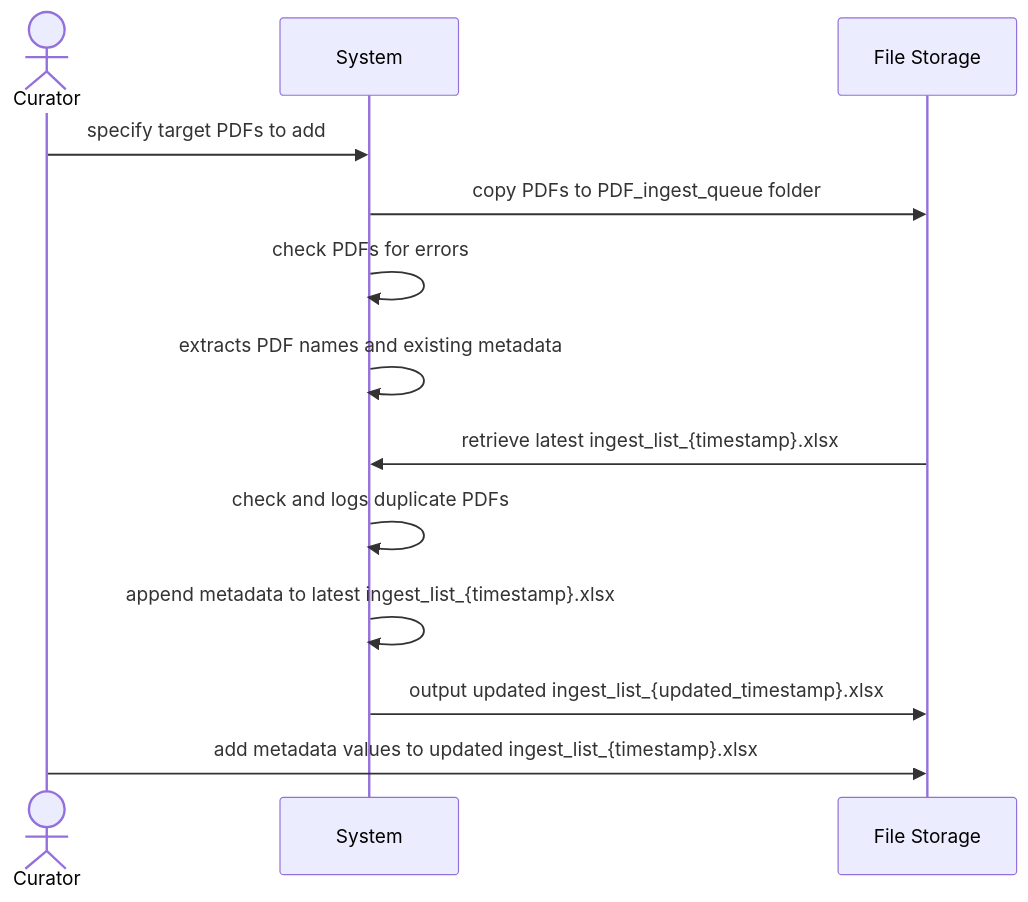
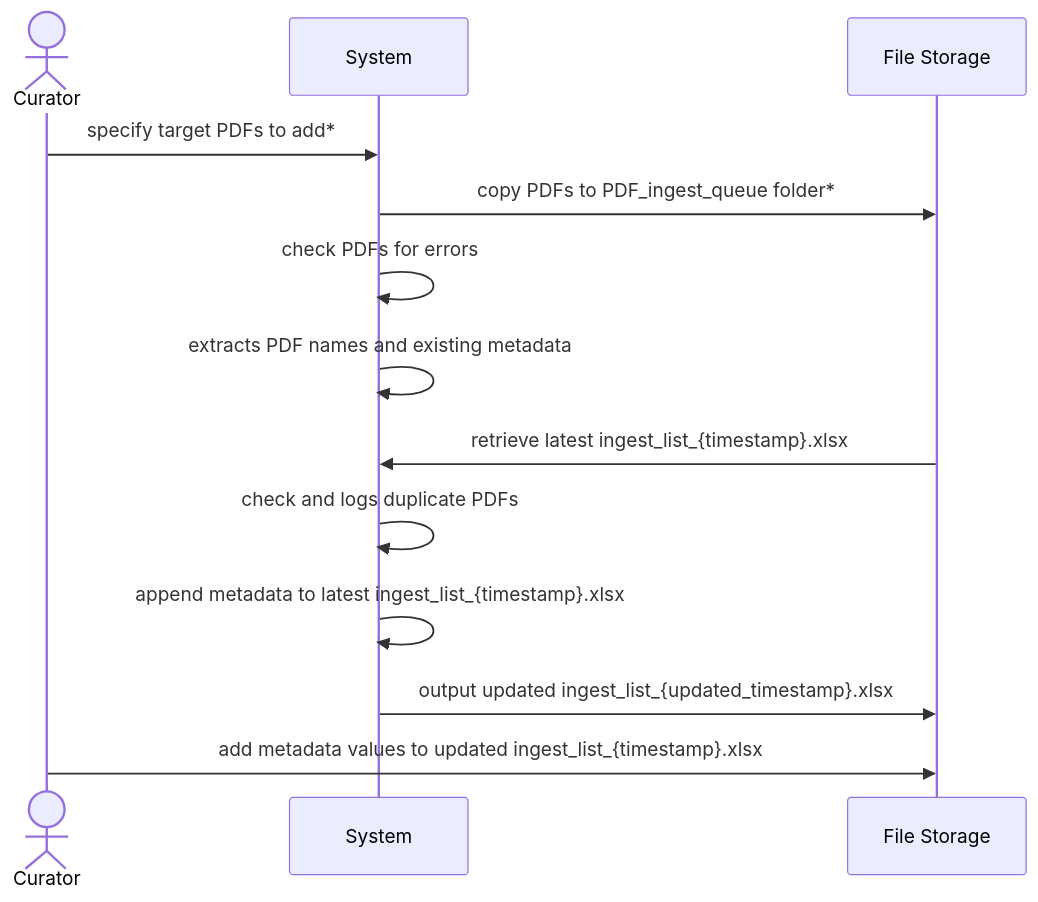
One commit to drew-wks/ASK changed the first of 2 diagrams in docs/library_admin_processes.md. Above: the diagram before and after it, drawn with Mermaid.

Commit message:
edits to line 13 14

````diff
--- a/docs/library_admin_processes.md
+++ b/docs/library_admin_processes.md
@@ -6,16 +6,16 @@
 ```mermaid
 sequenceDiagram
     actor Curator
     participant System
     participant File Storage
     
-    Curator->>System: specify target PDFs to add
-    System->>File Storage: copy PDFs to PDF_ingest_queue folder
+    Curator->>System: specify target PDFs to add*
+    System->>File Storage: copy PDFs to PDF_ingest_queue folder*
     System->>System: check PDFs for errors
     System->>System: extracts PDF names and existing metadata
     File Storage->>System: retrieve latest ingest_list_{timestamp}.xlsx
     System->>System: check and logs duplicate PDFs
     System->>System: append metadata to latest ingest_list_{timestamp}.xlsx
     System->>File Storage: output updated ingest_list_{updated_timestamp}.xlsx
     Curator->>File Storage: add metadata values to updated ingest_list_{timestamp}.xlsx
 ```
````
